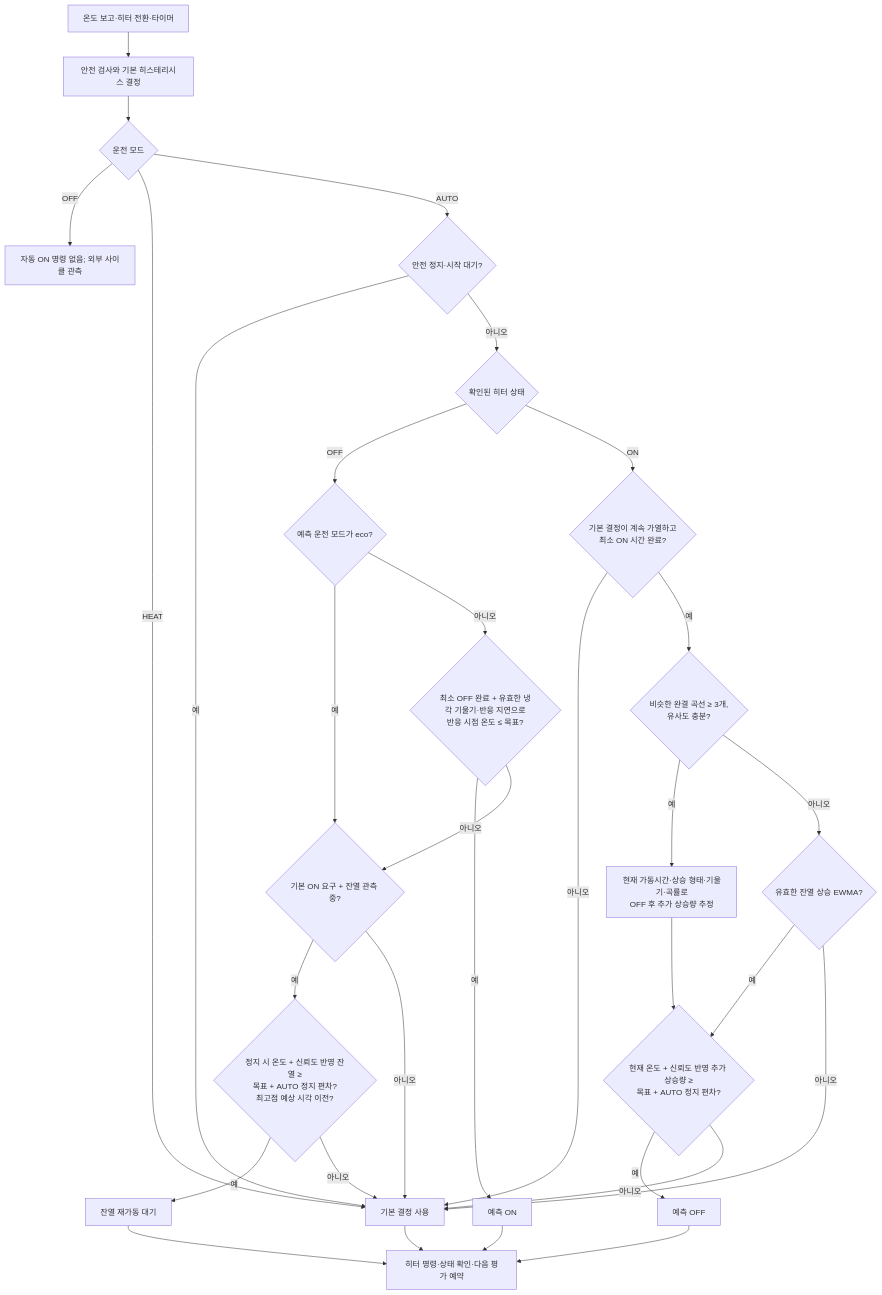
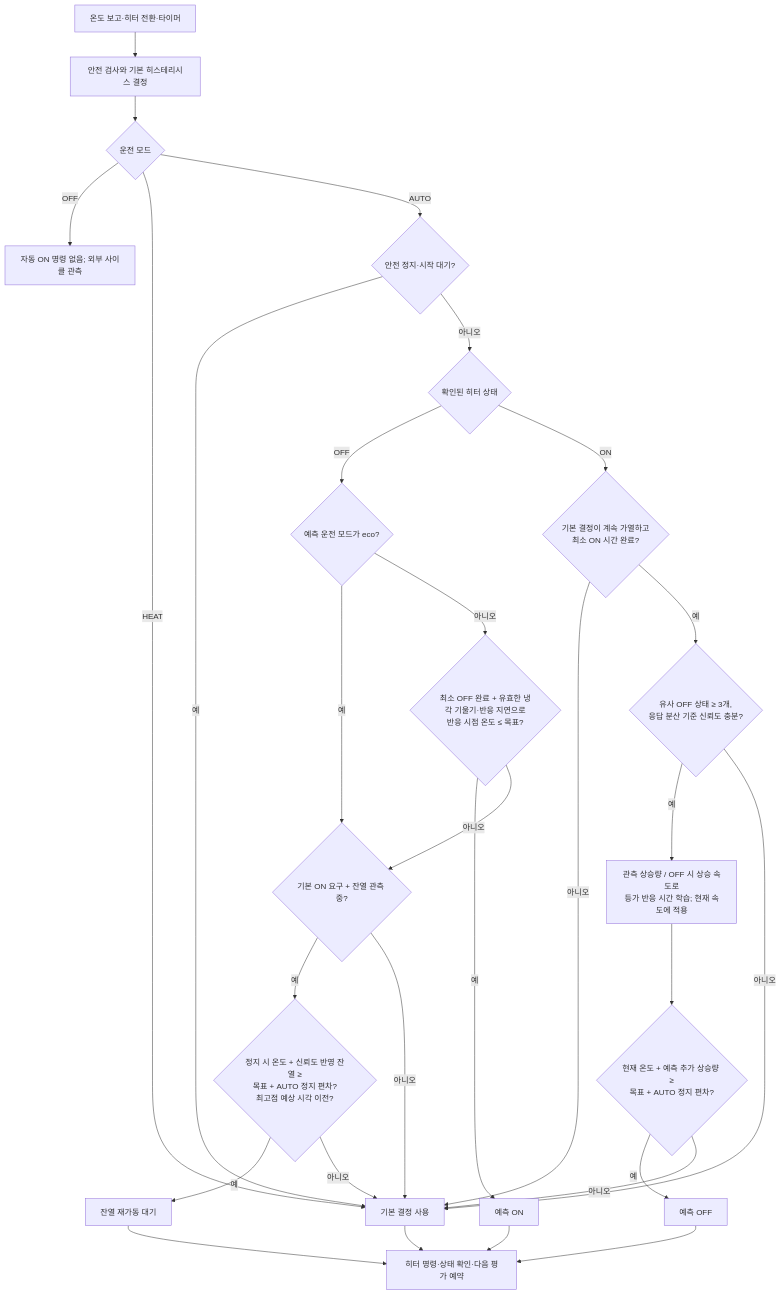
The second of 2 diagrams in docs/heating_learning_and_auto_control.md (plplaaa2/adapted_climate), drawn with Mermaid before and after one commit. The commit also changed other lines of this file and 18 other files, not shown here.

````diff
--- a/docs/heating_learning_and_auto_control.md
+++ b/docs/heating_learning_and_auto_control.md
@@ -37,33 +37,31 @@
 ```mermaid
 flowchart TD
     A["온도 보고·히터 전환·타이머"] --> B["안전 검사와 기본 히스테리시스 결정"]
     B --> C{"운전 모드"}
     C -- "OFF" --> Z["자동 ON 명령 없음; 외부 사이클 관측"]
     C -- "HEAT" --> R["기본 결정 사용"]
     C -- "AUTO" --> D{"안전 정지·시작 대기?"}
     D -- "예" --> R
     D -- "아니오" --> E{"확인된 히터 상태"}
     E -- "OFF" --> S{"예측 운전 모드가 eco?"}
     S -- "예" --> G
     S -- "아니오" --> F{"최소 OFF 완료 + 유효한 냉각 기울기·반응 지연으로<br/>반응 시점 온도 ≤ 목표?"}
     F -- "예" --> PON["예측 ON"]
     F -- "아니오" --> G{"기본 ON 요구 + 잔열 관측 중?"}
     G -- "예" --> H{"정지 시 온도 + 신뢰도 반영 잔열 ≥<br/>목표 + AUTO 정지 편차?<br/>최고점 예상 시각 이전?"}
     H -- "예" --> WAIT["잔열 재가동 대기"]
     H -- "아니오" --> R
     G -- "아니오" --> R
     E -- "ON" --> I{"기본 결정이 계속 가열하고<br/>최소 ON 시간 완료?"}
     I -- "아니오" --> R
-    I -- "예" --> J{"비슷한 완결 곡선 ≥ 3개,<br/>유사도 충분?"}
-    J -- "예" --> K["현재 가동시간·상승 형태·기울기·곡률로<br/>OFF 후 추가 상승량 추정"]
-    J -- "아니오" --> L{"유효한 잔열 상승 EWMA?"}
-    K --> M{"현재 온도 + 신뢰도 반영 추가 상승량 ≥<br/>목표 + AUTO 정지 편차?"}
-    L -- "예" --> M
-    L -- "아니오" --> R
+    I -- "예" --> J{"유사 OFF 상태 ≥ 3개,<br/>응답 분산 기준 신뢰도 충분?"}
+    J -- "예" --> K["관측 상승량 / OFF 시 상승 속도로<br/>등가 반응 시간 학습; 현재 속도에 적용"]
+    J -- "아니오" --> R
+    K --> M{"현재 온도 + 예측 추가 상승량 ≥<br/>목표 + AUTO 정지 편차?"}
     M -- "예" --> POFF["예측 OFF"]
     M -- "아니오" --> R
     PON --> Q["히터 명령·상태 확인·다음 평가 예약"]
     WAIT --> Q
     POFF --> Q
     R --> Q
 ```
````
